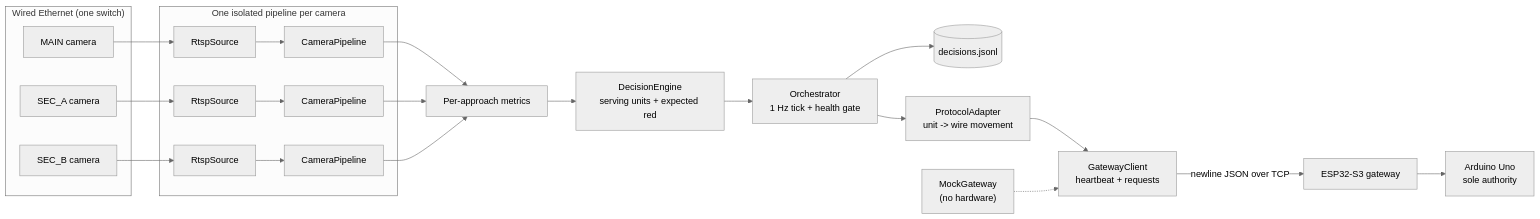
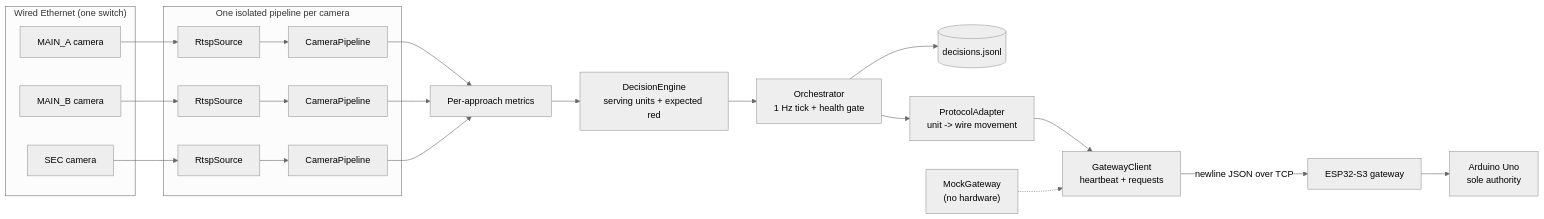
Before and after one commit to enoch-jnr/Intelligent_Traffic_Control: the diagram in README.md, drawn with Mermaid (neutral theme). The commit also changed other lines of this file and 24 other files, not shown here.

First line of the commit message:
Rename the approaches to SEC, MAIN_A and MAIN_B at the protocol edge.

````diff
--- a/README.md
+++ b/README.md
@@ -21,30 +21,30 @@
 ```mermaid
 flowchart LR
     subgraph Cameras["Wired Ethernet (one switch)"]
-        C1["MAIN camera"]
-        C2["SEC_A camera"]
-        C3["SEC_B camera"]
+        C1["MAIN_A camera"]
+        C2["MAIN_B camera"]
+        C3["SEC camera"]
     end
 
     C1 --> S1["RtspSource"]
     C2 --> S2["RtspSource"]
     C3 --> S3["RtspSource"]
 
     subgraph Perception["One isolated pipeline per camera"]
         S1 --> P1["CameraPipeline"]
         S2 --> P2["CameraPipeline"]
         S3 --> P3["CameraPipeline"]
     end
 
     P1 --> M["Per-approach metrics"]
     P2 --> M
     P3 --> M
     M --> E["DecisionEngine<br/>serving units + expected red"]
     E --> O["Orchestrator<br/>1 Hz tick + health gate"]
     O --> L[("decisions.jsonl")]
     O --> A["ProtocolAdapter<br/>unit -> wire movement"]
     A --> G["GatewayClient<br/>heartbeat + requests"]
     G -- "newline JSON over TCP" --> ESP["ESP32-S3 gateway"]
     ESP --> UNO["Arduino Uno<br/>sole authority"]
     MG["MockGateway<br/>(no hardware)"] -.-> G
 ```
````
